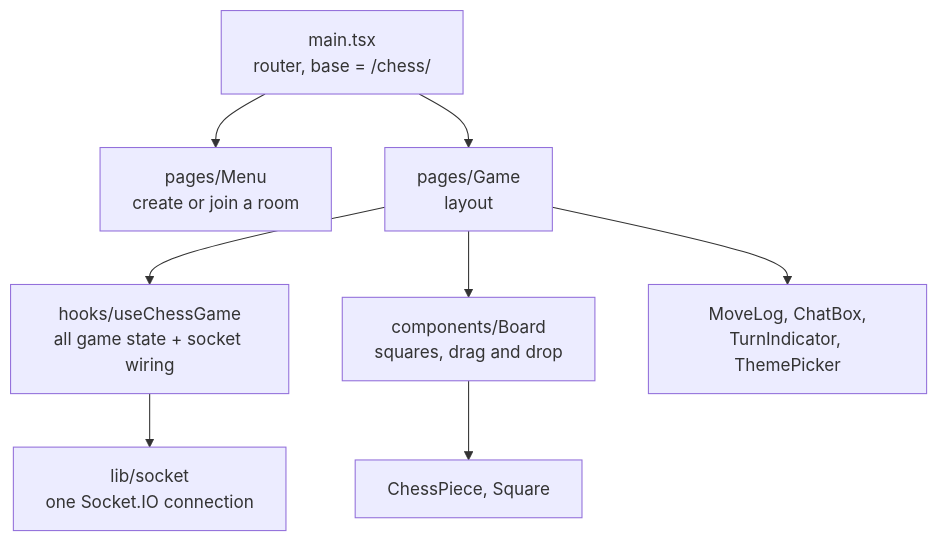
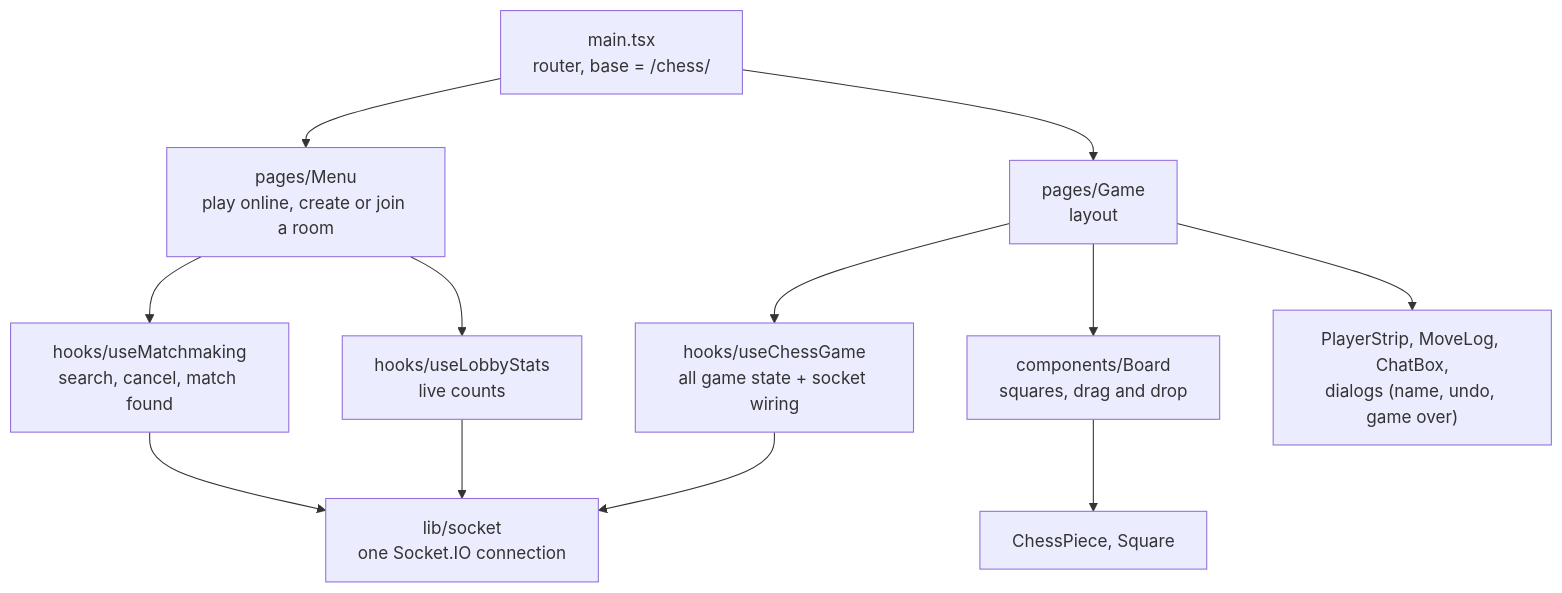
Before and after one commit to jamal474/Chess: the third of 12 diagrams in docs/architecture.md, drawn with Mermaid. The commit also changed other lines of this file and 31 other files, not shown here.

First line of the commit message:
feat: play online with matchmaking and live player counts

````diff
--- a/docs/architecture.md
+++ b/docs/architecture.md
@@ -132,10 +147,14 @@
 ```mermaid
 flowchart TD
-    main["main.tsx<br/>router, base = /chess/"] --> Menu["pages/Menu<br/>create or join a room"]
+    main["main.tsx<br/>router, base = /chess/"] --> Menu["pages/Menu<br/>play online, create or join a room"]
     main --> Game["pages/Game<br/>layout"]
+    Menu --> MM["hooks/useMatchmaking<br/>search, cancel, match found"]
+    Menu --> LS["hooks/useLobbyStats<br/>live counts"]
     Game --> Hook["hooks/useChessGame<br/>all game state + socket wiring"]
     Game --> Board["components/Board<br/>squares, drag and drop"]
-    Game --> Side["MoveLog, ChatBox,<br/>TurnIndicator, ThemePicker"]
+    Game --> Side["PlayerStrip, MoveLog, ChatBox,<br/>dialogs (name, undo, game over)"]
     Hook --> Sock["lib/socket<br/>one Socket.IO connection"]
+    MM --> Sock
+    LS --> Sock
     Board --> Piece["ChessPiece, Square"]
 ```
````
